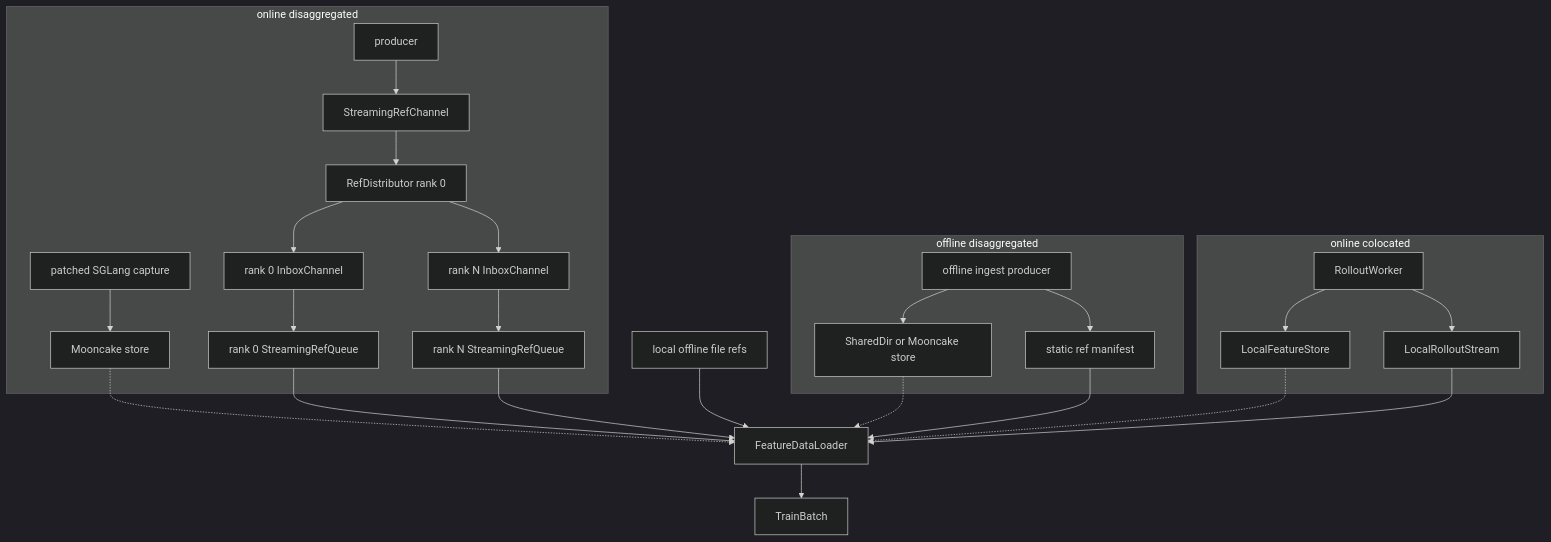
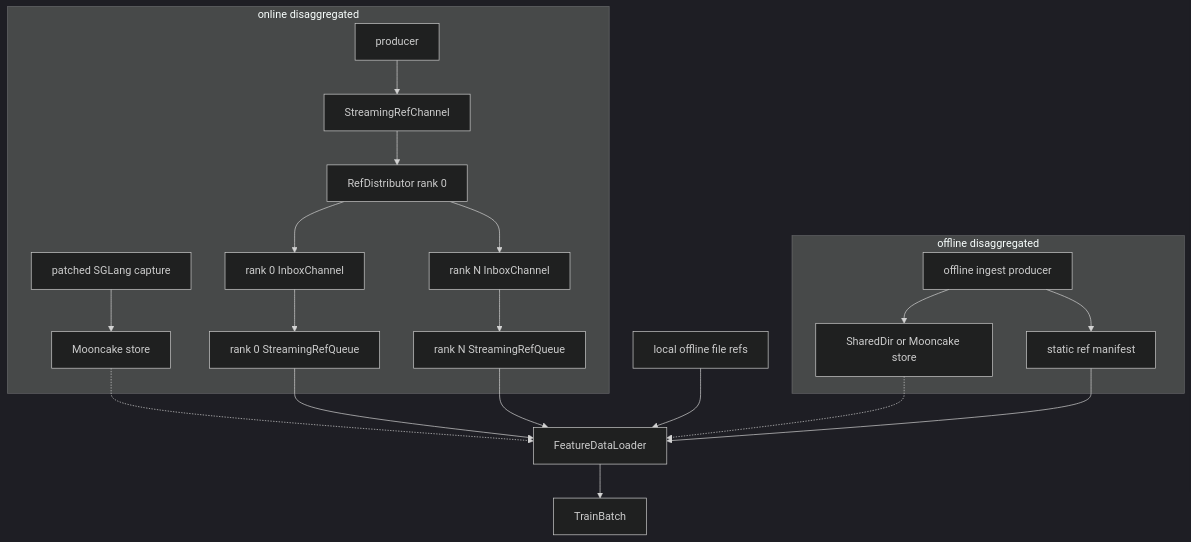
One commit to sgl-project/SpecForge changed the diagram in specforge/runtime/data_plane/DESIGN.md. Above: the diagram before and after it, drawn with Mermaid (dark theme). The commit also changed other lines of this file and 228 other files, not shown here.

````diff
--- a/specforge/runtime/data_plane/DESIGN.md
+++ b/specforge/runtime/data_plane/DESIGN.md
@@ -20,32 +20,25 @@
 ```mermaid
 flowchart TD
-  subgraph CO[online colocated]
-    CR[RolloutWorker] --> CLS[LocalFeatureStore]
-    CR --> LRS[LocalRolloutStream]
-  end
-
   subgraph DO[offline disaggregated]
     ING[offline ingest producer] --> DSTORE[SharedDir or Mooncake store]
     ING --> MAN[static ref manifest]
   end
 
   subgraph DON[online disaggregated]
     SGC[patched SGLang capture] --> MC[Mooncake store]
     OP[producer] --> SRC[StreamingRefChannel]
     SRC --> RD[RefDistributor rank 0]
     RD --> I0[rank 0 InboxChannel]
     RD --> IN[rank N InboxChannel]
     I0 --> Q0[rank 0 StreamingRefQueue]
     IN --> QN[rank N StreamingRefQueue]
   end
 
   OFF[local offline file refs] --> DL[FeatureDataLoader]
-  LRS --> DL
   MAN --> DL
   Q0 --> DL
   QN --> DL
-  CLS -.-> DL
   DSTORE -.-> DL
   MC -.-> DL
   DL --> TB[TrainBatch]
 ```
````
